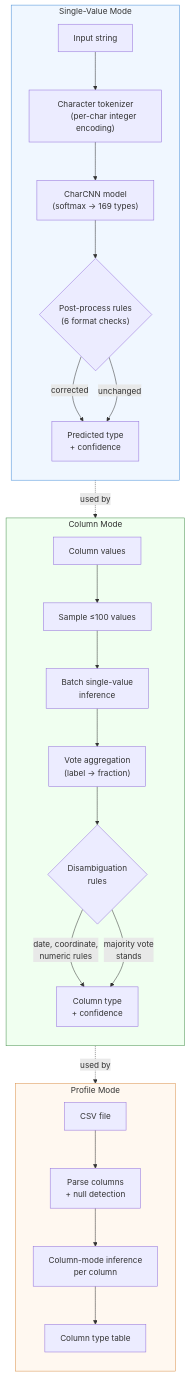
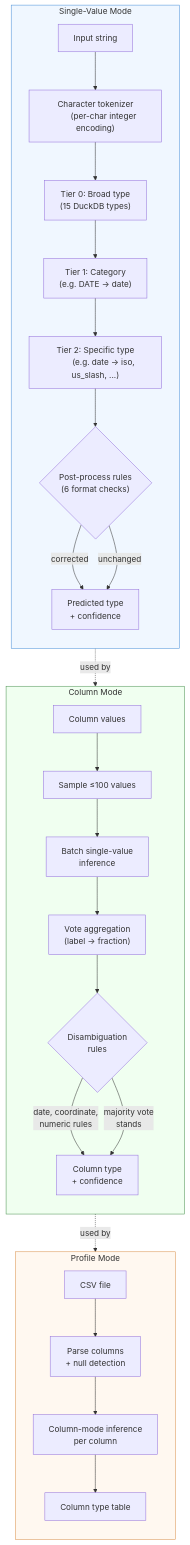
The diagram in README.md (meridian-online/finetype), drawn with Mermaid before and after one commit. The commit also changed other lines of this file, not shown here.

First line of the commit message:
Update README with tiered model architecture documentation (NNFT-096)

````diff
--- a/README.md
+++ b/README.md
@@ -215,47 +219,51 @@
 ```mermaid
 flowchart TB
     subgraph single ["Single-Value Mode"]
         direction TB
         A["Input string"] --> B["Character tokenizer
         (per-char integer encoding)"]
-        B --> C["CharCNN model
-        (softmax → 169 types)"]
-        C --> D{"Post-process rules
+        B --> C["Tier 0: Broad type
+        (15 DuckDB types)"]
+        C --> C1["Tier 1: Category
+        (e.g. DATE → date)"]
+        C1 --> C2["Tier 2: Specific type
+        (e.g. date → iso, us_slash, ...)"]
+        C2 --> D{"Post-process rules
         (6 format checks)"}
         D -->|corrected| E["Predicted type
         + confidence"]
         D -->|unchanged| E
     end
 
     subgraph column ["Column Mode"]
         direction TB
         F["Column values"] --> G["Sample ≤100 values"]
         G --> H["Batch single-value
         inference"]
         H --> I["Vote aggregation
         (label → fraction)"]
         I --> J{"Disambiguation
         rules"}
         J -->|"date, coordinate,
         numeric rules"| K["Column type
         + confidence"]
         J -->|"majority vote
         stands"| K
     end
 
     subgraph profile ["Profile Mode"]
         direction TB
         L["CSV file"] --> M["Parse columns
         + null detection"]
         M --> N["Column-mode inference
         per column"]
         N --> O["Column type table"]
     end
 
     single -.->|"used by"| column
     column -.->|"used by"| profile
 
     style single fill:#f0f7ff,stroke:#4a90d9
     style column fill:#f0fff0,stroke:#4a9050
     style profile fill:#fff8f0,stroke:#d9904a
 ```
````
